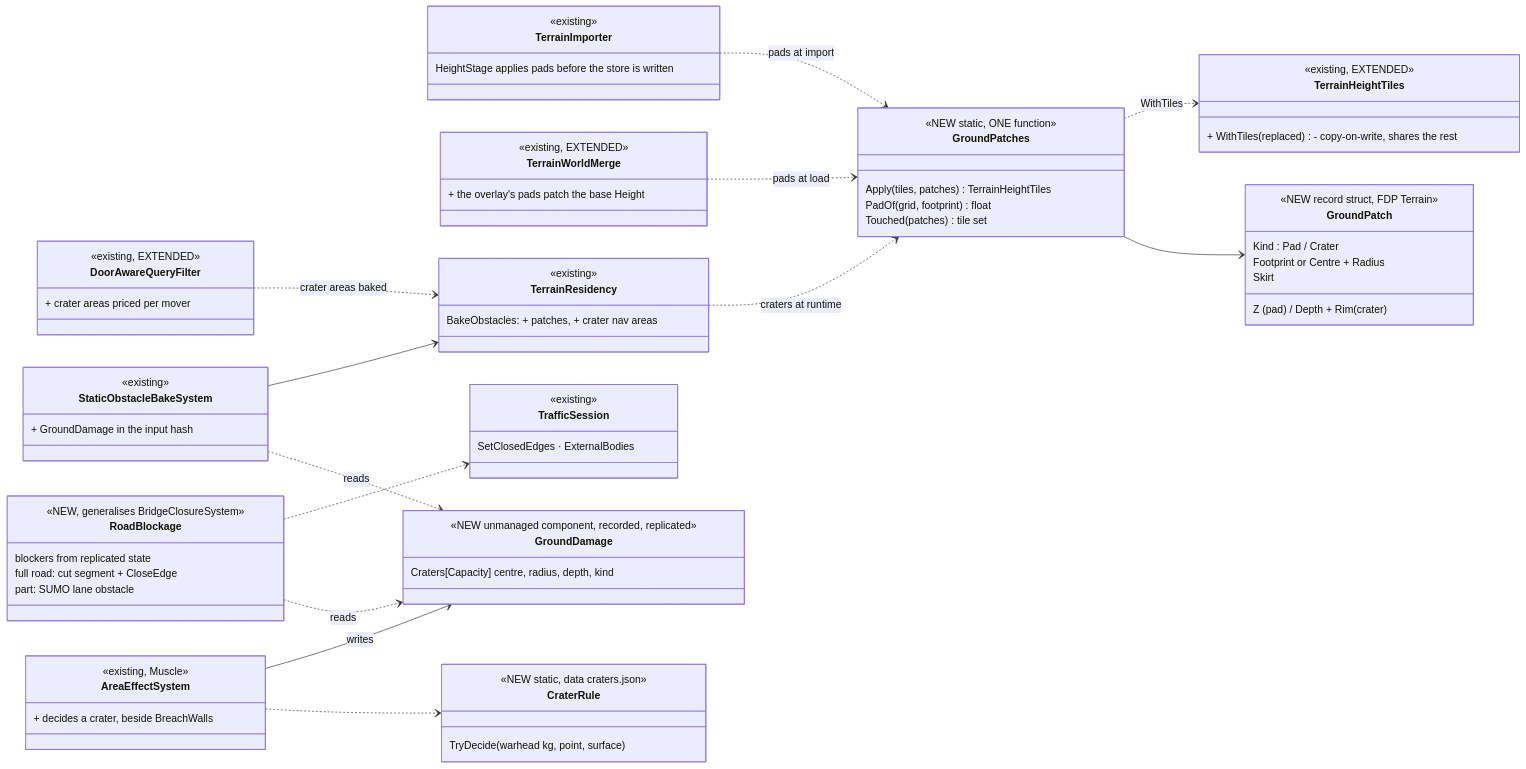
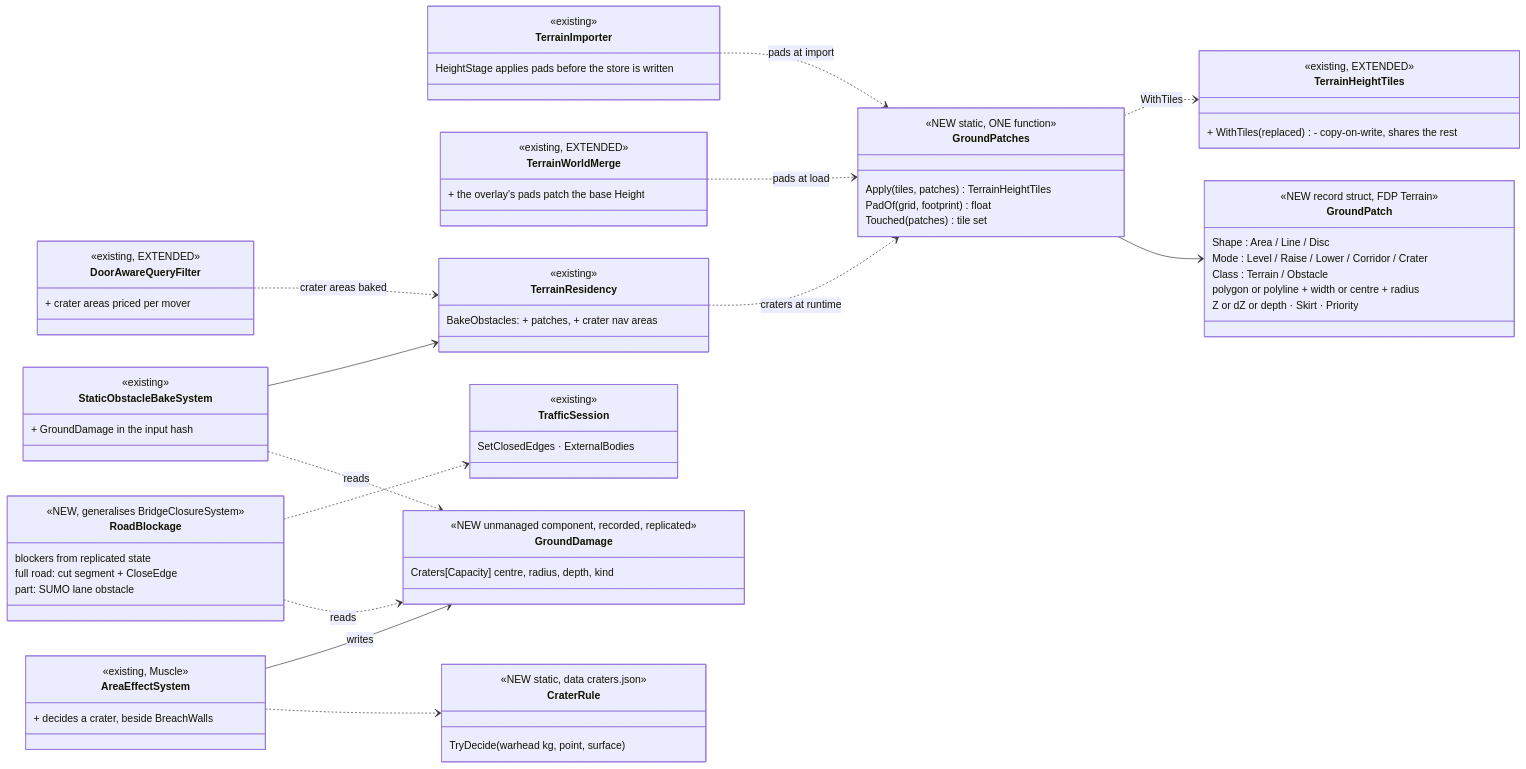
The first of 4 diagrams in docs/DESIGN_Ground_Patches_And_Road_Blockage.md (pjanec/HROT), drawn with Mermaid before and after one commit. The commit also changed other lines of this file and 2 other files, not shown here.

First line of the commit message:
Ground patches design: §4b road corridors at import (R-4231), §4c ditches (P-6, CE-4593), §4d ready for the terrain editor (CE-4594 to design); GroundPatch shapes and classes

````diff
--- a/docs/DESIGN_Ground_Patches_And_Road_Blockage.md
+++ b/docs/DESIGN_Ground_Patches_And_Road_Blockage.md
@@ -62,75 +62,76 @@
 ```mermaid
 classDiagram
   direction LR
   class GroundPatch {
     <<NEW record struct, FDP Terrain>>
-    Kind : Pad / Crater
-    Footprint or Centre + Radius
-    Z (pad) / Depth + Rim (crater)
-    Skirt
+    Shape : Area / Line / Disc
+    Mode : Level / Raise / Lower / Corridor / Crater
+    Class : Terrain / Obstacle
+    polygon or polyline + width or centre + radius
+    Z or dZ or depth · Skirt · Priority
   }
   class GroundPatches {
     <<NEW static, ONE function>>
     Apply(tiles, patches) TerrainHeightTiles
     PadOf(grid, footprint) float
     Touched(patches) tile set
   }
   class TerrainHeightTiles {
     <<existing, EXTENDED>>
     + WithTiles(replaced) - copy-on-write, shares the rest
   }
   class TerrainImporter {
     <<existing>>
     HeightStage applies pads before the store is written
   }
   class TerrainWorldMerge {
     <<existing, EXTENDED>>
     + the overlay's pads patch the base Height
   }
   class GroundDamage {
     <<NEW unmanaged component, recorded, replicated>>
     Craters[Capacity] centre, radius, depth, kind
   }
   class CraterRule {
     <<NEW static, data craters.json>>
     TryDecide(warhead kg, point, surface)
   }
   class AreaEffectSystem {
     <<existing, Muscle>>
     + decides a crater, beside BreachWalls
   }
   class StaticObstacleBakeSystem {
     <<existing>>
     + GroundDamage in the input hash
   }
   class TerrainResidency {
     <<existing>>
     BakeObstacles: + patches, + crater nav areas
   }
   class RoadBlockage {
     <<NEW, generalises BridgeClosureSystem>>
     blockers from replicated state
     full road: cut segment + CloseEdge
     part: SUMO lane obstacle
   }
   class DoorAwareQueryFilter {
     <<existing, EXTENDED>>
     + crater areas priced per mover
   }
   class TrafficSession {
     <<existing>>
     SetClosedEdges · ExternalBodies
   }
   GroundPatches --> GroundPatch
   GroundPatches ..> TerrainHeightTiles : WithTiles
   TerrainImporter ..> GroundPatches : pads at import
   TerrainWorldMerge ..> GroundPatches : pads at load
   AreaEffectSystem ..> CraterRule
   AreaEffectSystem --> GroundDamage : writes
   StaticObstacleBakeSystem ..> GroundDamage : reads
   StaticObstacleBakeSystem --> TerrainResidency
   TerrainResidency ..> GroundPatches : craters at runtime
   RoadBlockage ..> GroundDamage : reads
   RoadBlockage ..> TrafficSession
   DoorAwareQueryFilter ..> TerrainResidency : crater areas baked
 ```
````
